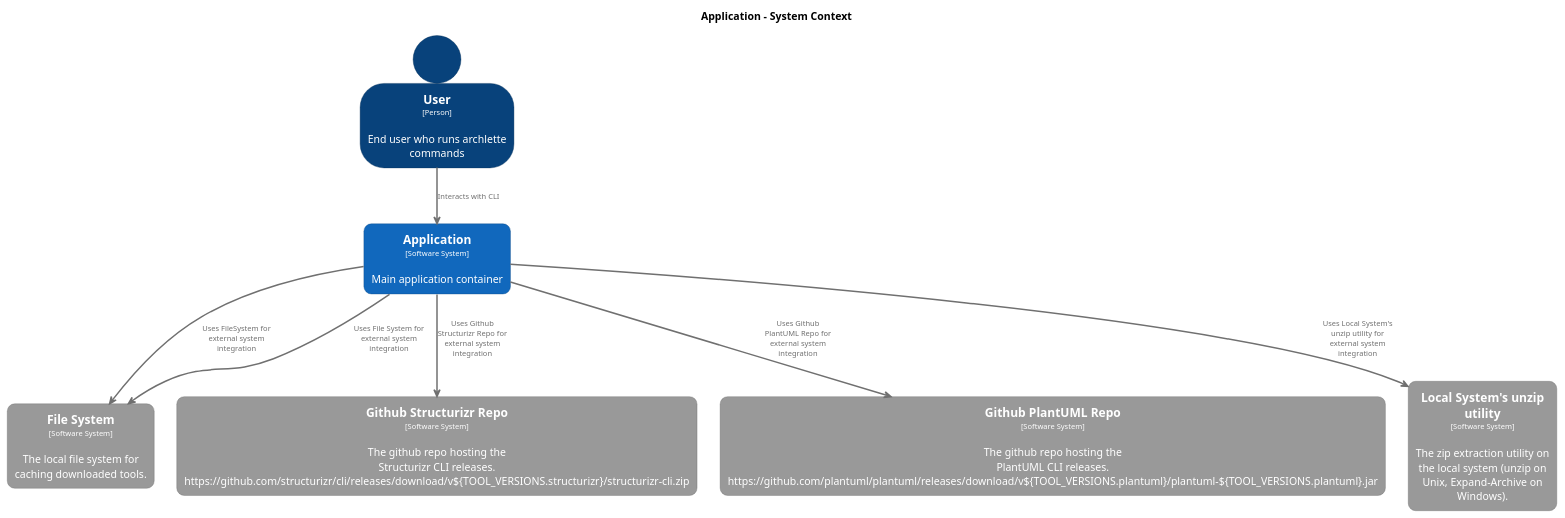
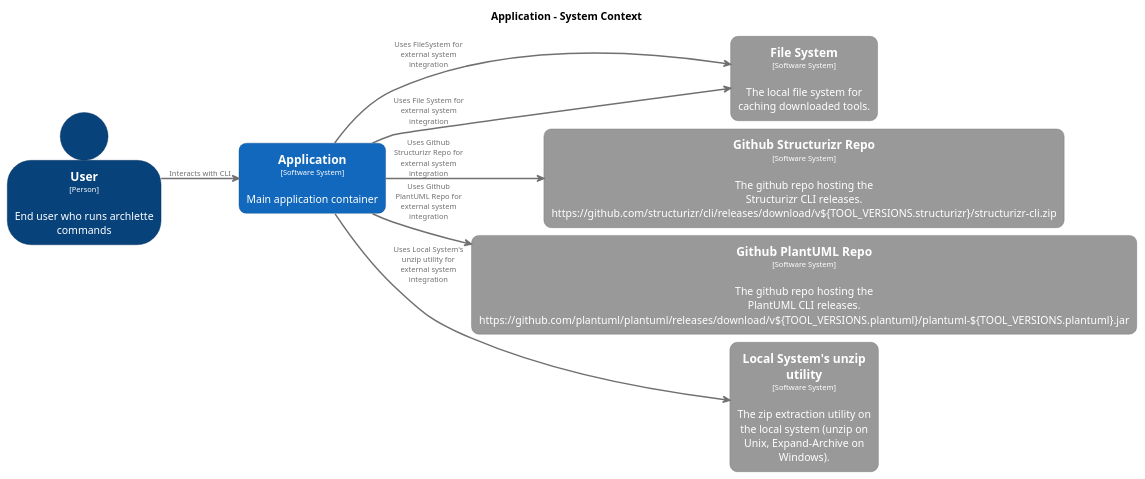
Before and after one commit to chrislyons-dev/archlette: the diagram in docs/architecture/diagrams/plantuml/structurizr-SystemContext.puml, drawn with PlantUML. The commit also changed 87 other files, not shown here.

```diff
--- a/docs/architecture/diagrams/plantuml/structurizr-SystemContext.puml
+++ b/docs/architecture/diagrams/plantuml/structurizr-SystemContext.puml
@@ -1,82 +1,82 @@
 @startuml
 set separator none
 title Application - System Context
 
-top to bottom direction
-skinparam ranksep 60
-skinparam nodesep 30
+left to right direction
+skinparam ranksep 20
+skinparam nodesep 10
 
 skinparam {
   arrowFontSize 10
   defaultTextAlignment center
   wrapWidth 200
   maxMessageSize 100
   defaultFontName "Arial"
 }
 
 hide stereotype
 
 skinparam rectangle<<Application>> {
   BackgroundColor #1168bd
   FontColor #ffffff
   BorderColor #0b4884
   roundCorner 20
   shadowing false
 }
 skinparam rectangle<<FileSystem>> {
   BackgroundColor #999999
   FontColor #ffffff
   BorderColor #6b6b6b
   roundCorner 20
   shadowing false
 }
 skinparam rectangle<<FileSystem>> {
   BackgroundColor #999999
   FontColor #ffffff
   BorderColor #6b6b6b
   roundCorner 20
   shadowing false
 }
 skinparam rectangle<<GithubPlantUMLRepo>> {
   BackgroundColor #999999
   FontColor #ffffff
   BorderColor #6b6b6b
   roundCorner 20
   shadowing false
 }
 skinparam rectangle<<GithubStructurizrRepo>> {
   BackgroundColor #999999
   FontColor #ffffff
   BorderColor #6b6b6b
   roundCorner 20
   shadowing false
 }
 skinparam rectangle<<LocalSystemsunziputility>> {
   BackgroundColor #999999
   FontColor #ffffff
   BorderColor #6b6b6b
   roundCorner 20
   shadowing false
 }
 skinparam person<<User>> {
   BackgroundColor #08427b
   FontColor #ffffff
   BorderColor #052e56
   shadowing false
 }
 
 person "==User\n<size:10>[Person]</size>\n\nEnd user who runs archlette commands" <<User>> as User
 rectangle "==FileSystem\n<size:10>[Software System]</size>\n\nFile system for reading and writing files" <<FileSystem>> as FileSystem
 rectangle "==Github Structurizr Repo\n<size:10>[Software System]</size>\n\nThe github repo hosting the Structurizr CLI releases. https://github.com/structurizr/cli/releases/download/v${TOOL_VERSIONS.structurizr}/structurizr-cli.zip" <<GithubStructurizrRepo>> as GithubStructurizrRepo
 rectangle "==Github PlantUML Repo\n<size:10>[Software System]</size>\n\nThe github repo hosting the PlantUML CLI releases. https://github.com/plantuml/plantuml/releases/download/v${TOOL_VERSIONS.plantuml}/plantuml-${TOOL_VERSIONS.plantuml}.jar" <<GithubPlantUMLRepo>> as GithubPlantUMLRepo
 rectangle "==Local System's unzip utility\n<size:10>[Software System]</size>\n\nThe zip extraction utility on the local system (unzip on Unix, Expand-Archive on Windows)." <<LocalSystemsunziputility>> as LocalSystemsunziputility
 rectangle "==File System\n<size:10>[Software System]</size>\n\nThe local file system for caching downloaded tools." <<FileSystem>> as FileSystem
 rectangle "==Application\n<size:10>[Software System]</size>\n\nMain application container" <<Application>> as Application
 
 User -[#707070,thickness=2]-> Application : "<color:#707070>Interacts with CLI"
 Application -[#707070,thickness=2]-> FileSystem : "<color:#707070>Uses FileSystem for external system integration"
 Application -[#707070,thickness=2]-> GithubStructurizrRepo : "<color:#707070>Uses Github Structurizr Repo for external system integration"
 Application -[#707070,thickness=2]-> GithubPlantUMLRepo : "<color:#707070>Uses Github PlantUML Repo for external system integration"
 Application -[#707070,thickness=2]-> LocalSystemsunziputility : "<color:#707070>Uses Local System's unzip utility for external system integration"
 Application -[#707070,thickness=2]-> FileSystem : "<color:#707070>Uses File System for external system integration"
 @enduml
```
